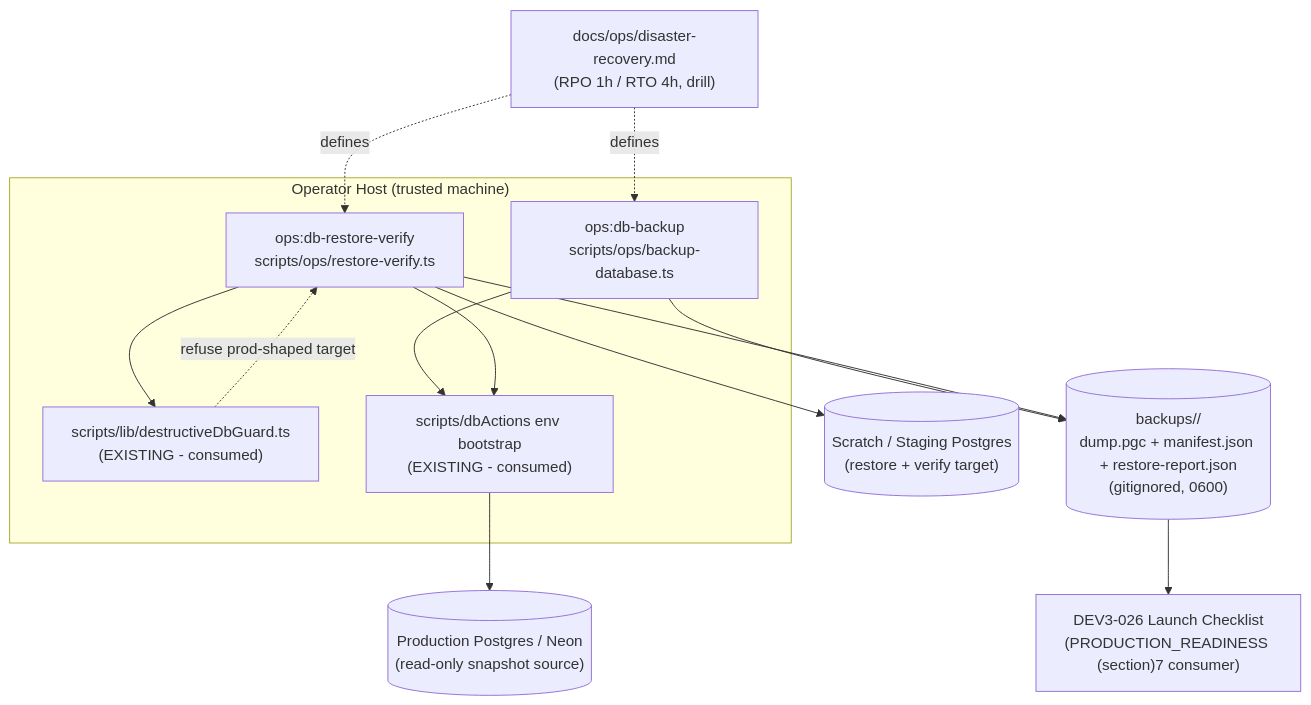
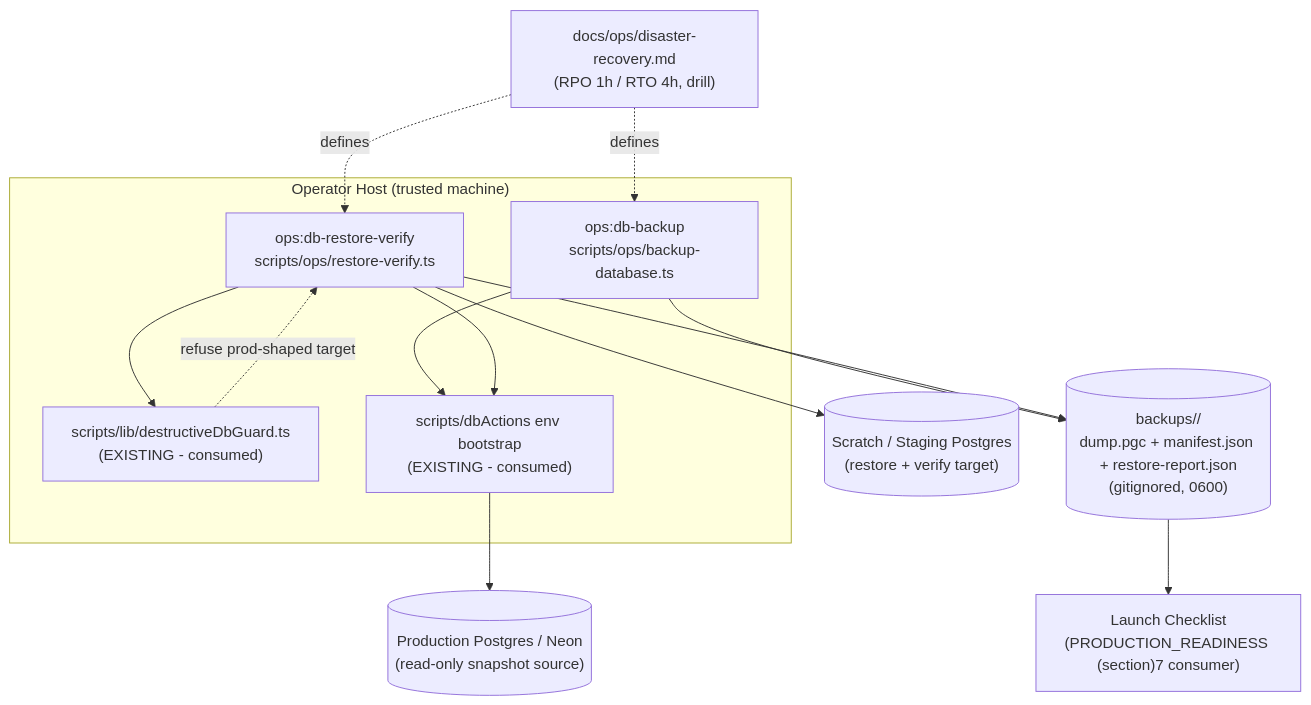
Before and after one commit to kottaby/kottaby: the first of 2 diagrams in ai/finished_plans/sprint_4/dev3-024-disaster-recovery-backup-verification/plan.md, drawn with Mermaid. The commit also changed other lines of this file and 297 other files, not shown here.

````diff
--- a/ai/finished_plans/sprint_4/dev3-024-disaster-recovery-backup-verification/plan.md
+++ b/ai/finished_plans/sprint_4/dev3-024-disaster-recovery-backup-verification/plan.md
@@ -108,25 +108,25 @@
 ```mermaid
 graph TB
     subgraph Ops-Host["Operator Host (trusted machine)"]
         BAK["ops:db-backup\nscripts/ops/backup-database.ts"]
         RV["ops:db-restore-verify\nscripts/ops/restore-verify.ts"]
         GUARD["scripts/lib/destructiveDbGuard.ts\n(EXISTING - consumed)"]
         ENVH["scripts/dbActions env bootstrap\n(EXISTING - consumed)"]
     end
     PROD[("Production Postgres / Neon\n(read-only snapshot source)")]
     SCRATCH[("Scratch / Staging Postgres\n(restore + verify target)")]
     FS[("backups/<UTC>/\ndump.pgc + manifest.json + restore-report.json\n(gitignored, 0600)")]
     DOC["docs/ops/disaster-recovery.md\n(RPO 1h / RTO 4h, drill)"]
-    DEV326["DEV3-026 Launch Checklist\n(PRODUCTION_READINESS (section)7 consumer)"]
+    LC["Launch Checklist\n(PRODUCTION_READINESS (section)7 consumer)"]
 
     BAK --> ENVH --> PROD
     BAK --> FS
     RV --> ENVH
     RV --> GUARD
     GUARD -. "refuse prod-shaped target" .-> RV
     RV --> FS
     RV --> SCRATCH
     DOC -. defines .-> BAK
     DOC -. defines .-> RV
-    FS --> DEV326
+    FS --> LC
 ```
````
